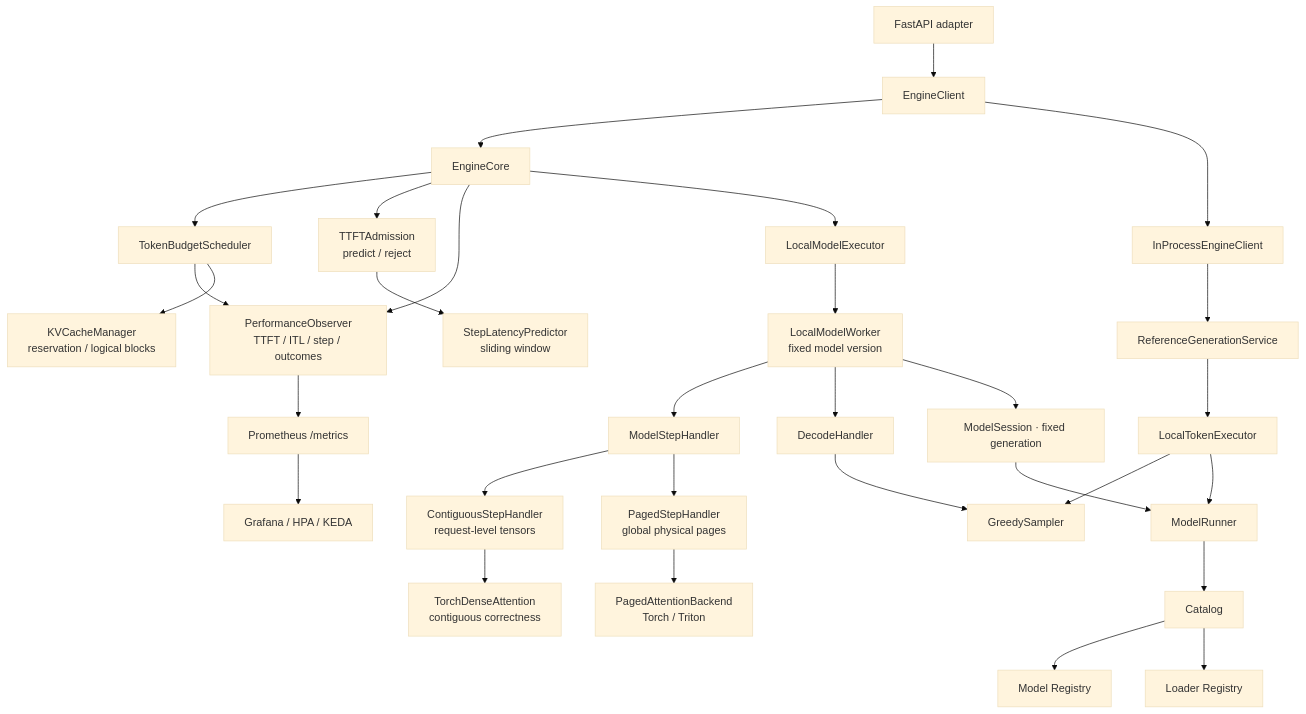
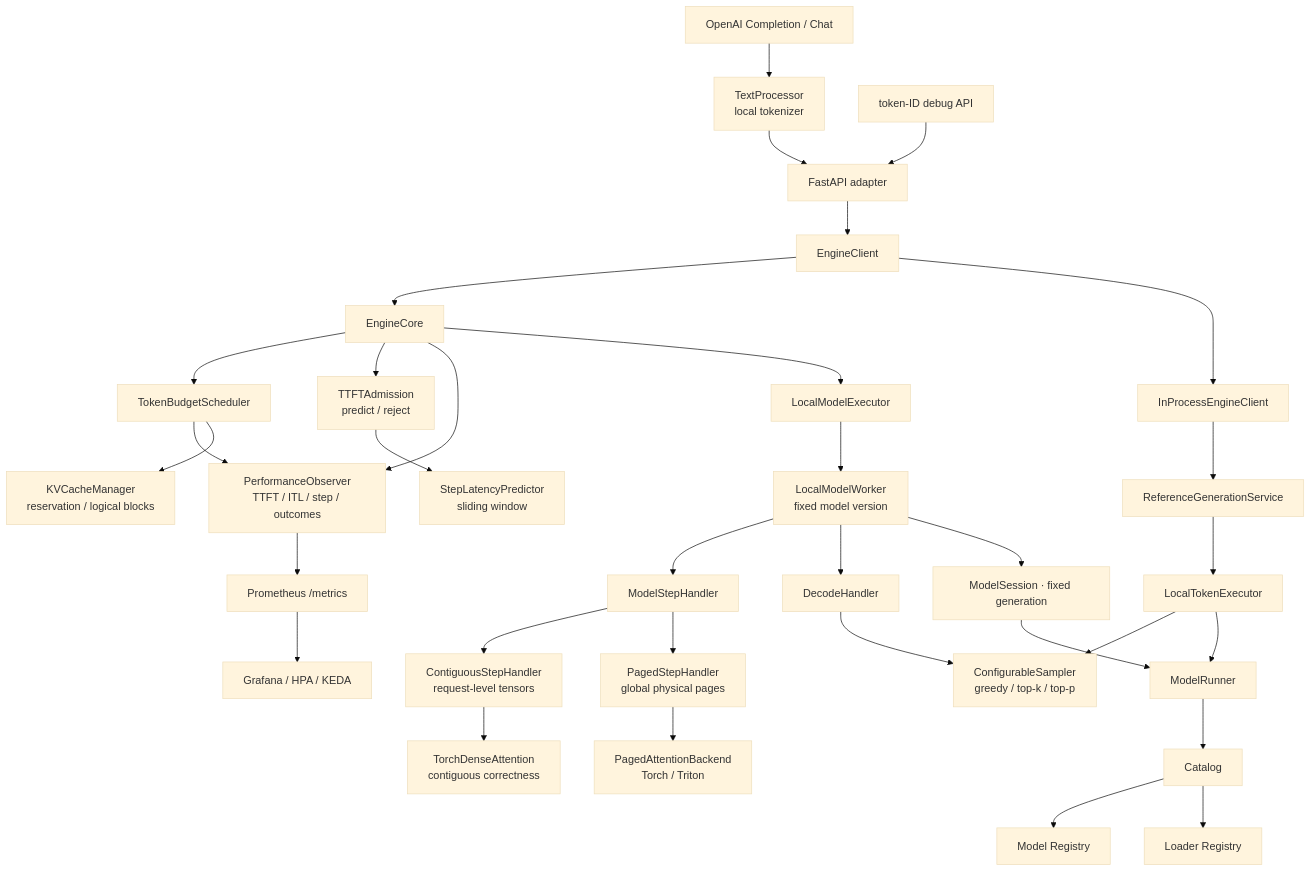
Before and after one commit to poorpaper/light-vllm: the first of 3 diagrams in docs/design.md, drawn with Mermaid (base theme). The commit also changed other lines of this file and 32 other files, not shown here.

Commit message:
feat: add OpenAI-compatible text serving

````diff
--- a/docs/design.md
+++ b/docs/design.md
@@ -61,35 +61,38 @@
 ```mermaid
 flowchart TB
-    HTTP["FastAPI adapter"] --> Client["EngineClient"]
+    OpenAI["OpenAI Completion / Chat"] --> Text["TextProcessor<br/>local tokenizer"]
+    Text --> HTTP["FastAPI adapter"]
+    TokenAPI["token-ID debug API"] --> HTTP
+    HTTP --> Client["EngineClient"]
 
     Client --> Core["EngineCore"]
     Client --> Bridge["InProcessEngineClient"]
     Bridge --> Reference["ReferenceGenerationService"]
 
     Core --> Scheduler["TokenBudgetScheduler"]
     Core --> TTFT["TTFTAdmission<br/>predict / reject"]
     TTFT --> Predictor["StepLatencyPredictor<br/>sliding window"]
     Core --> Observer["PerformanceObserver<br/>TTFT / ITL / step / outcomes"]
     Scheduler --> Observer
     Observer --> Metrics["Prometheus /metrics"]
     Metrics --> Grafana["Grafana / HPA / KEDA"]
     Scheduler --> LogicalKV["KVCacheManager<br/>reservation / logical blocks"]
     Core --> Executor["LocalModelExecutor"]
     Executor --> Worker["LocalModelWorker<br/>fixed model version"]
     Worker --> Step["ModelStepHandler"]
     Worker --> Decode["DecodeHandler"]
     Step --> Contiguous["ContiguousStepHandler<br/>request-level tensors"]
     Step --> Paged["PagedStepHandler<br/>global physical pages"]
     Contiguous --> Dense["TorchDenseAttention<br/>contiguous correctness"]
     Paged --> Attention["PagedAttentionBackend<br/>Torch / Triton"]
-    Decode --> Sampler["GreedySampler"]
+    Decode --> Sampler["ConfigurableSampler<br/>greedy / top-k / top-p"]
     Reference --> TokenExecutor["LocalTokenExecutor"]
     TokenExecutor --> Sampler
 
     Worker --> Session["ModelSession · fixed generation"]
     Session --> Runner["ModelRunner"]
     TokenExecutor --> Runner
     Runner --> Catalog["Catalog"]
     Catalog --> Models["Model Registry"]
     Catalog --> Loaders["Loader Registry"]
 ```
````
